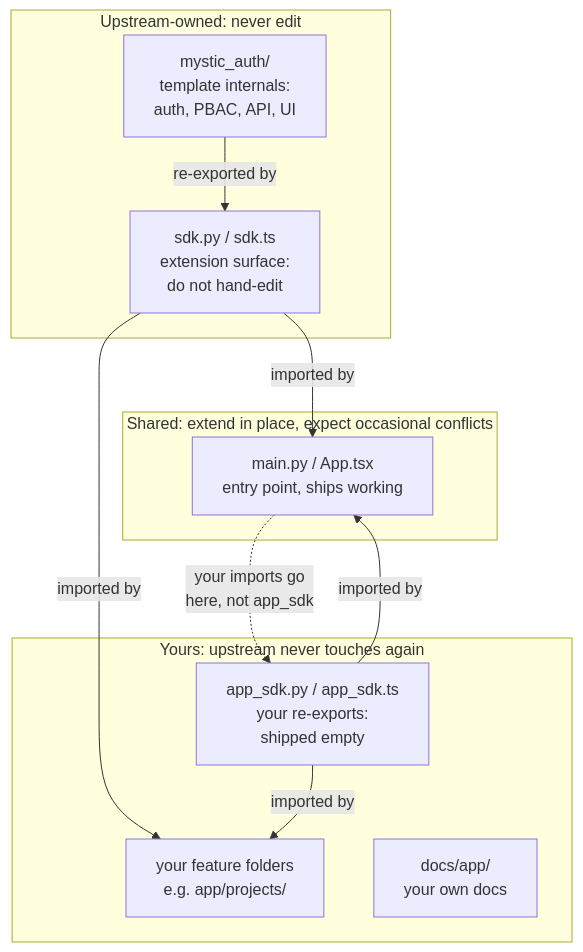
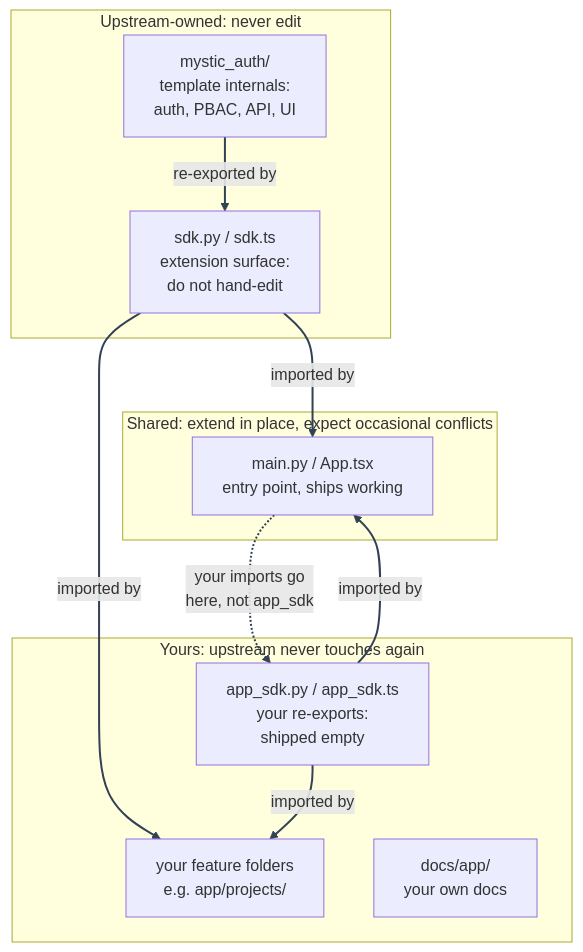
One commit to Nachiket-2024/mystic-auth changed the diagram in docs/mystic_auth/template-usage/overview.md. Above: the diagram before and after it, drawn with Mermaid. The commit also changed other lines of this file and 630 other files, not shown here.

````diff
--- a/docs/mystic_auth/template-usage/overview.md
+++ b/docs/mystic_auth/template-usage/overview.md
@@ -64,24 +69,26 @@
 ```mermaid
+%%{init: {"themeVariables": {"lineColor": "#334155"}} }%%
 flowchart TB
     subgraph upstream["Upstream-owned: never edit"]
-        MA["mystic_auth/<br/>template internals:<br/>auth, PBAC, API, UI"]
-        SDK["sdk.py / sdk.ts<br/>extension surface:<br/>do not hand-edit"]
+        MA["mystic_auth/<br/> template internals:<br/> auth, PBAC, API, UI"]
+        SDK["sdk.py / sdk.ts<br/> extension surface:<br/> do not hand-edit"]
     end
 
     subgraph shared["Shared: extend in place, expect occasional conflicts"]
-        ENTRY["main.py / App.tsx<br/>entry point, ships working"]
+        ENTRY["main.py / App.tsx<br/> entry point, ships working"]
     end
 
     subgraph yours["Yours: upstream never touches again"]
-        APPSDK["app_sdk.py / app_sdk.ts<br/>your re-exports:<br/>shipped empty"]
-        FEATURES["your feature folders<br/>e.g. app/projects/"]
-        DOCSAPP["docs/app/<br/>your own docs"]
+        APPSDK["app_sdk.py / app_sdk.ts<br/> your re-exports:<br/> shipped empty"]
+        FEATURES["your feature folders<br/> e.g. app/projects/"]
+        DOCSAPP["docs/app/<br/> your own docs"]
     end
 
     MA -->|re-exported by| SDK
     SDK -->|imported by| ENTRY
     SDK -->|imported by| FEATURES
     APPSDK -->|imported by| ENTRY
     APPSDK -->|imported by| FEATURES
-    ENTRY -.->|your imports go<br/>here, not app_sdk| APPSDK
+    ENTRY -.->|your imports go<br/> here, not app_sdk| APPSDK
+    linkStyle default stroke:#334155,stroke-width:2px
 ```
````
